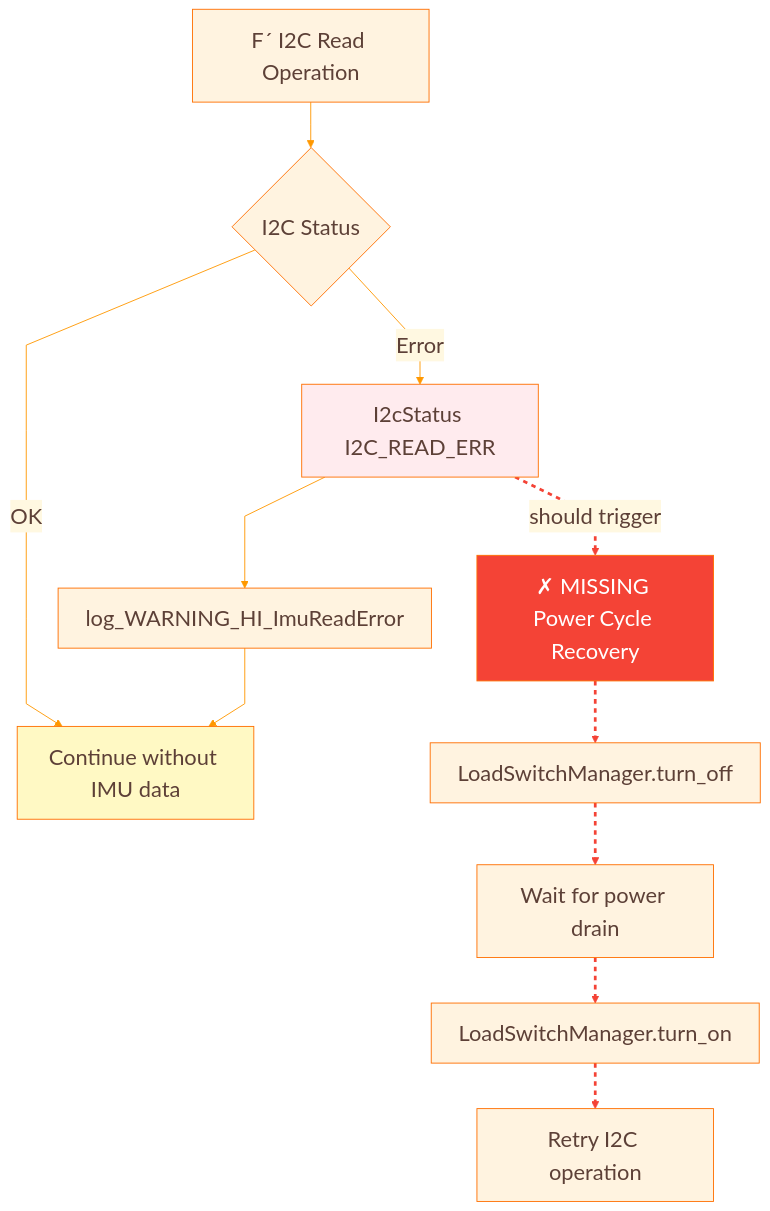
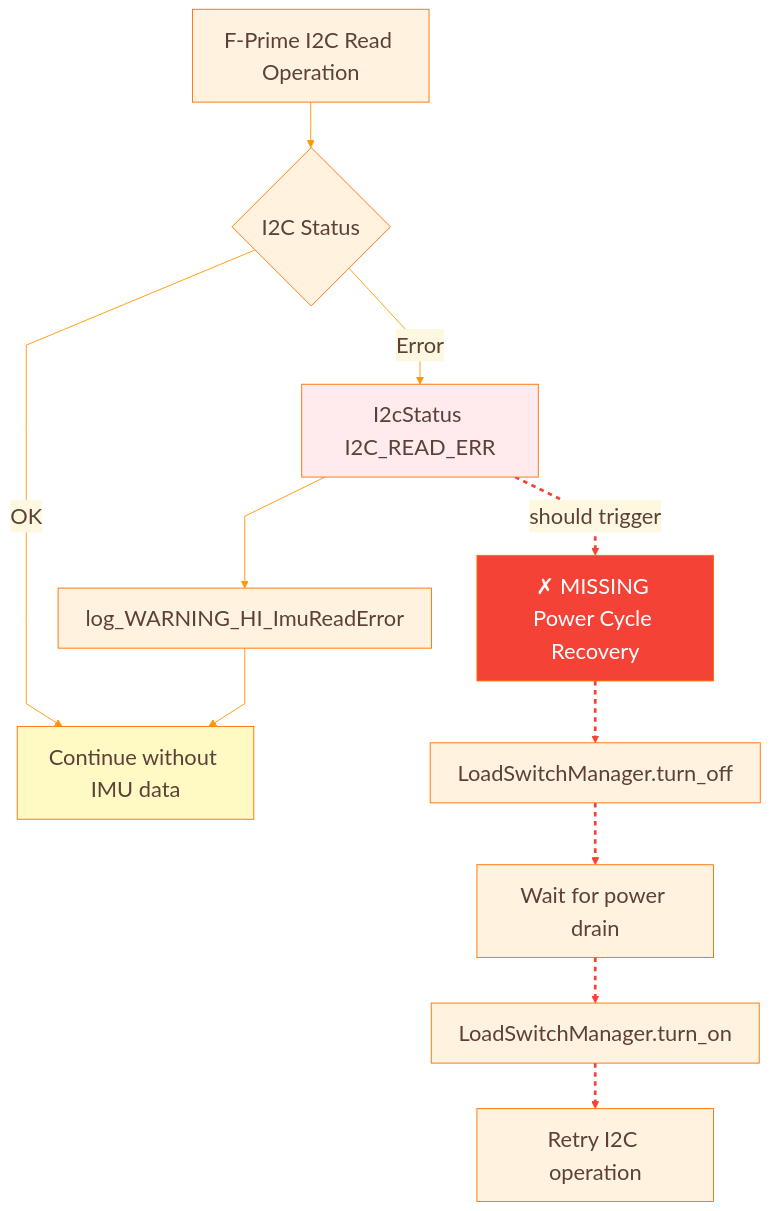
Before and after one commit to Lizo-RoadTown/PROVES_LIBRARY: the fourth of 6 diagrams in docs/diagrams/cross-system.md, drawn with Mermaid. The commit also changed other lines of this file and 5 other files, not shown here.

```diff
--- a/docs/diagrams/cross-system.md
+++ b/docs/diagrams/cross-system.md
@@ -1039,7 +1039,7 @@
     boxMargin: 10
 ---
 flowchart TB
-    START[F´ I2C Read Operation]
+    START[F-Prime I2C Read Operation]
     READ{I2C Status}
     ERROR[I2cStatus I2C_READ_ERR]
     LOG[log_WARNING_HI_ImuReadError]
```
